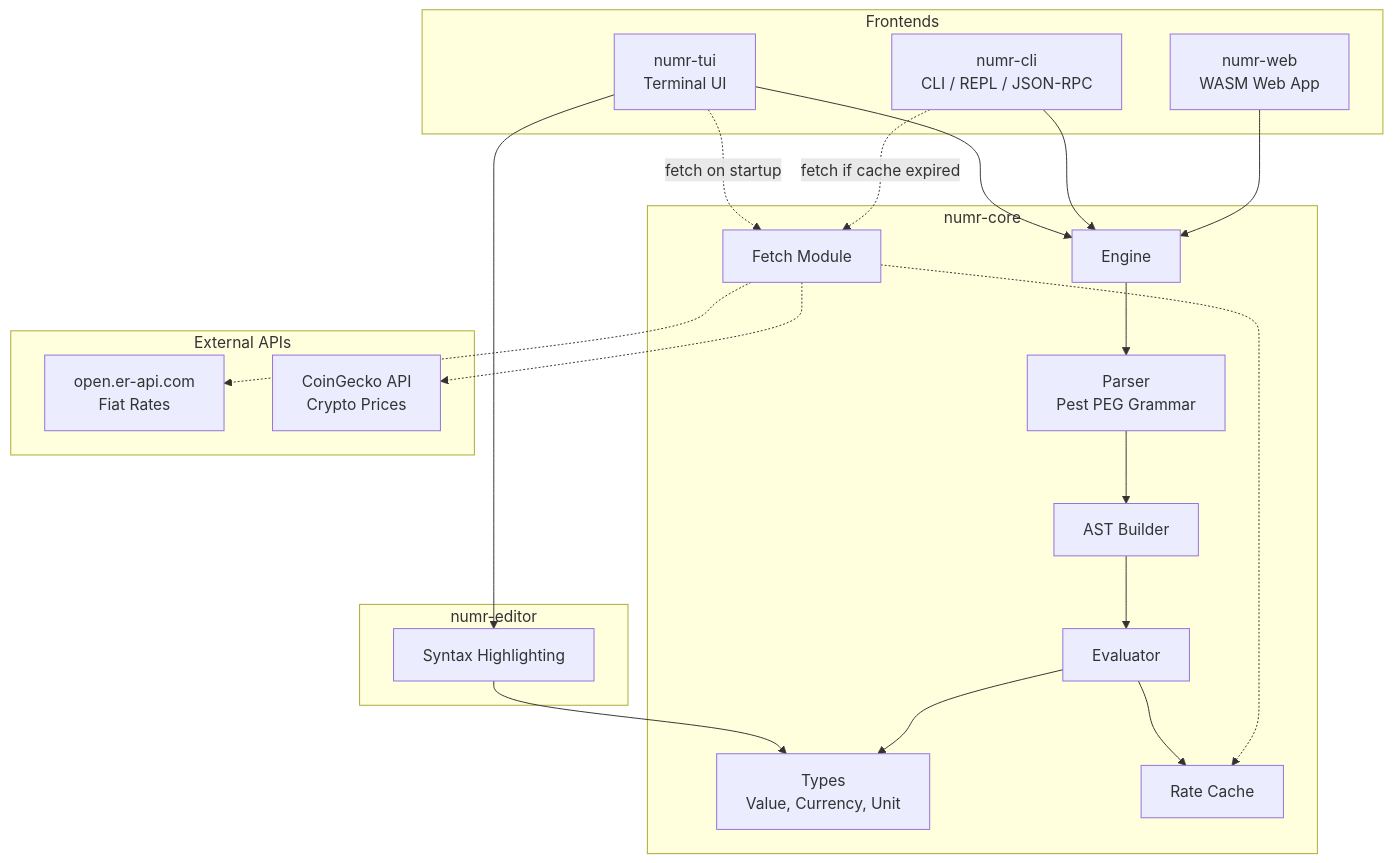
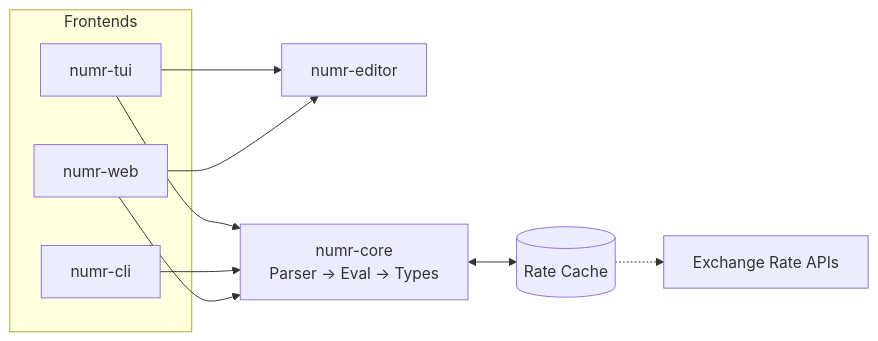
Before and after one commit to nasedkinpv/numr: the diagram in README.md, drawn with Mermaid. The commit also changed other lines of this file and 2 other files, not shown here.

Commit message:
fix: unify config/cache path, update docs and architecture diagram

````diff
--- a/README.md
+++ b/README.md
@@ -333,43 +333,21 @@
 ```mermaid
-graph TB
+graph LR
     subgraph Frontends
-        TUI[numr-tui<br/>Terminal UI]
-        CLI[numr-cli<br/>CLI / REPL / JSON-RPC]
-        Web[numr-web<br/>WASM Web App]
+        TUI[numr-tui]
+        CLI[numr-cli]
+        Web[numr-web]
     end
 
-    subgraph Editor[numr-editor]
-        Highlight[Syntax Highlighting]
-    end
+    Editor[numr-editor]
+    Core[numr-core<br/>Parser → Eval → Types]
+    Cache[(Rate Cache)]
+    APIs[Exchange Rate APIs]
 
-    subgraph Core[numr-core]
-        Engine[Engine]
-        Parser[Parser<br/>Pest PEG Grammar]
-        AST[AST Builder]
-        Eval[Evaluator]
-        Types[Types<br/>Value, Currency, Unit]
-        Cache[Rate Cache]
-        Fetch[Fetch Module]
-    end
-
-    subgraph External APIs
-        Fiat[open.er-api.com<br/>Fiat Rates]
-        Crypto[CoinGecko API<br/>Crypto Prices]
-    end
-
-    TUI --> Engine
-    CLI --> Engine
-    Web --> Engine
-    TUI --> Highlight
-    Highlight --> Types
-    Engine --> Parser
-    Parser --> AST
-    AST --> Eval
-    Eval --> Types
-    Eval --> Cache
-    TUI -.->|fetch on startup| Fetch
-    CLI -.->|fetch if cache expired| Fetch
-    Fetch -.-> Fiat
-    Fetch -.-> Crypto
-    Fetch -.-> Cache
+    TUI --> Core
+    TUI --> Editor
+    CLI --> Core
+    Web --> Core
+    Web --> Editor
+    Core <--> Cache
+    Cache -.-> APIs
 ```
````
